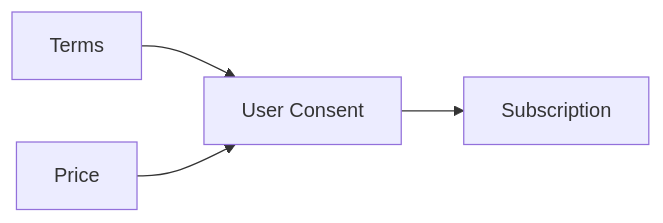
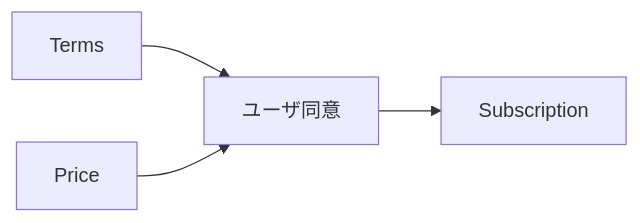
Before and after one commit to ShigeichiroYamasaki/creator-first-platform: diagram 33 of 45 in docs/whitepaper/11-legal-sto-tax.md, drawn with Mermaid. The commit also changed other lines of this file and 67 other files, not shown here.

````diff
--- a/docs/whitepaper/11-legal-sto-tax.md
+++ b/docs/whitepaper/11-legal-sto-tax.md
@@ -958,11 +958,11 @@
 ```mermaid
 flowchart LR
     TERMS[Terms]
     PRICE[Price]
-    CONSENT[User Consent]
+    CONSENT[ユーザ同意]
     SERVICE[Subscription]
 
     TERMS --> CONSENT
     PRICE --> CONSENT
     CONSENT --> SERVICE
 ```
````
